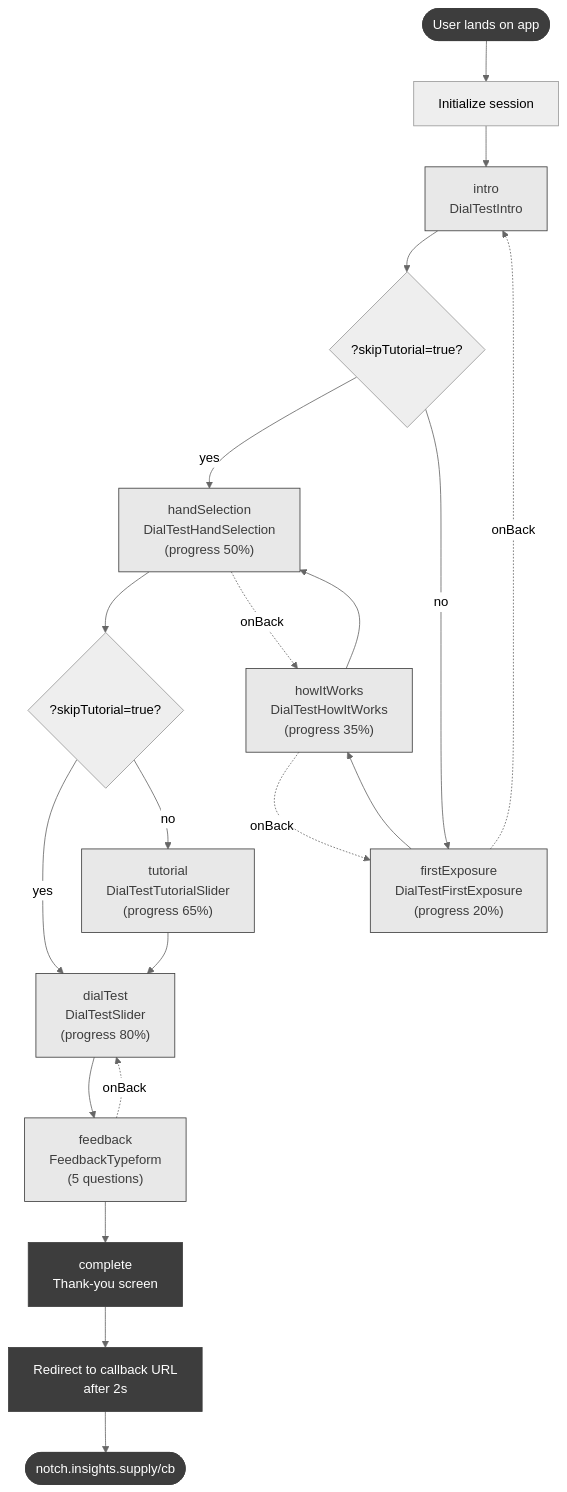
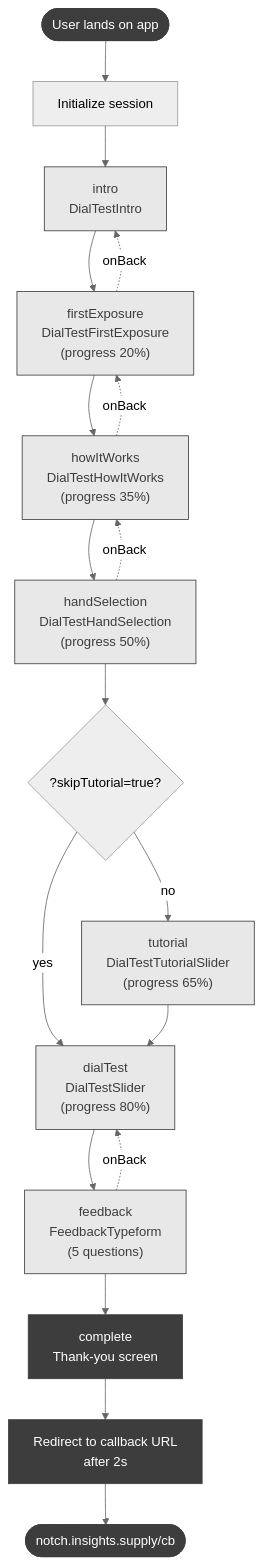
One commit to zoefrishberg/home-depot-dial-test changed the first of 2 diagrams in SCREEN_FLOW.md. Above: the diagram before and after it, drawn with Mermaid (neutral theme). The commit also changed other lines of this file and 7 other files, not shown here.

Commit message:
Refactor screen flow in SCREEN_FLOW.md to streamline tutorial logic, removing unnecessary skip questions and clarifying the flow. Update App component to simplify tutorial handling and enhance user experience. Clean up UI by removing redundant elements from various components.

````diff
--- a/SCREEN_FLOW.md
+++ b/SCREEN_FLOW.md
@@ -7,35 +7,32 @@
 ```mermaid
 flowchart TD
     Start([User lands on app]) --> Init[Initialize session]
 
     Init --> Intro["intro<br/>DialTestIntro"]
 
-    Intro --> SkipQ{?skipTutorial=true?}
-    SkipQ -->|yes| HandSel
-    SkipQ -->|no| FirstExp["firstExposure<br/>DialTestFirstExposure<br/>(progress 20%)"]
-
+    Intro --> FirstExp["firstExposure<br/>DialTestFirstExposure<br/>(progress 20%)"]
     FirstExp --> HowIt["howItWorks<br/>DialTestHowItWorks<br/>(progress 35%)"]
     HowIt --> HandSel["handSelection<br/>DialTestHandSelection<br/>(progress 50%)"]
 
-    HandSel --> SkipQ2{?skipTutorial=true?}
-    SkipQ2 -->|yes| DialTest
-    SkipQ2 -->|no| Tutorial["tutorial<br/>DialTestTutorialSlider<br/>(progress 65%)"]
+    HandSel --> SkipQ{?skipTutorial=true?}
+    SkipQ -->|yes| DialTest
+    SkipQ -->|no| Tutorial["tutorial<br/>DialTestTutorialSlider<br/>(progress 65%)"]
 
     Tutorial --> DialTest["dialTest<br/>DialTestSlider<br/>(progress 80%)"]
 
     DialTest --> Feedback["feedback<br/>FeedbackTypeform<br/>(5 questions)"]
 
     Feedback --> Complete["complete<br/>Thank-you screen"]
     Complete --> Redirect[Redirect to callback URL<br/>after 2s]
     Redirect --> End([notch.insights.supply/cb])
 
     Feedback -.onBack.-> DialTest
     HandSel -.onBack.-> HowIt
     HowIt -.onBack.-> FirstExp
     FirstExp -.onBack.-> Intro
 
     classDef step fill:#E8E8E8,color:#3D3D3D,stroke:#3D3D3D
     classDef terminal fill:#3D3D3D,color:#fff,stroke:#3D3D3D
     class Intro,FirstExp,HowIt,HandSel,Tutorial,DialTest,Feedback step
     class Start,End,Complete,Redirect terminal
 ```
````
